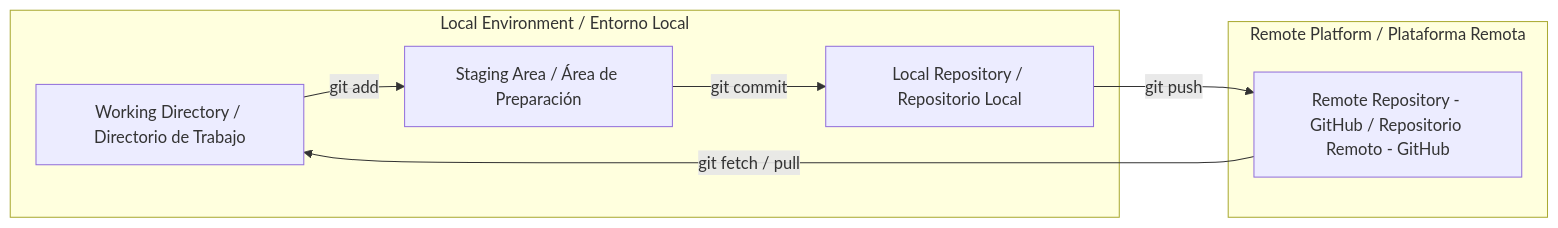
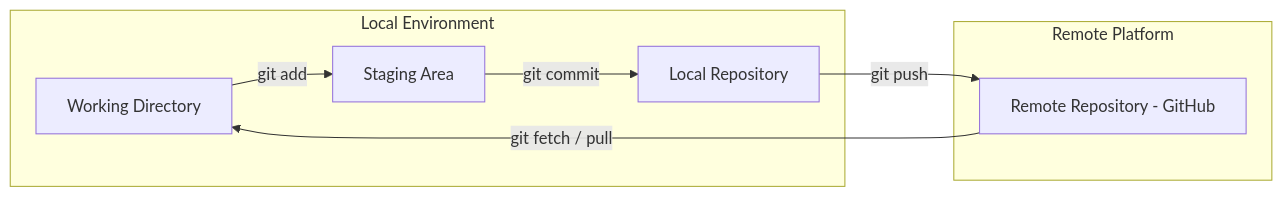
One commit to alanfabzlab/Developer-Knowledge-Base changed the diagram in 🚀 Git & GitHub/README.md. Above: the diagram before and after it, drawn with Mermaid. The commit also changed other lines of this file and 9 other files, not shown here.

````diff
--- a/🚀 Git & GitHub/README.md
+++ b/🚀 Git & GitHub/README.md
@@ -28,11 +21,11 @@
 ```mermaid
 flowchart LR
-    subgraph Local Environment / Entorno Local
-        WD[Working Directory / Directorio de Trabajo] -->|git add| SA[Staging Area / Área de Preparación]
-        SA -->|git commit| LR[Local Repository / Repositorio Local]
+    subgraph Local Environment
+        WD[Working Directory] -->|git add| SA[Staging Area]
+        SA -->|git commit| LR[Local Repository]
     end
-    subgraph Remote Platform / Plataforma Remota
-        LR -->|git push| RR[Remote Repository - GitHub / Repositorio Remoto - GitHub]
+    subgraph Remote Platform
+        LR -->|git push| RR[Remote Repository - GitHub]
         RR -->|git fetch / pull| WD
     end
 ```
````
